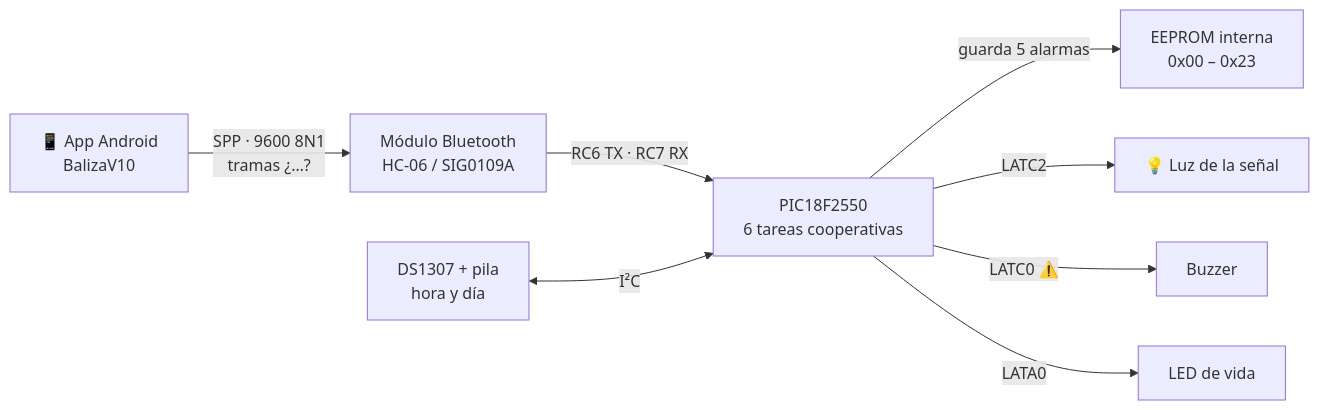
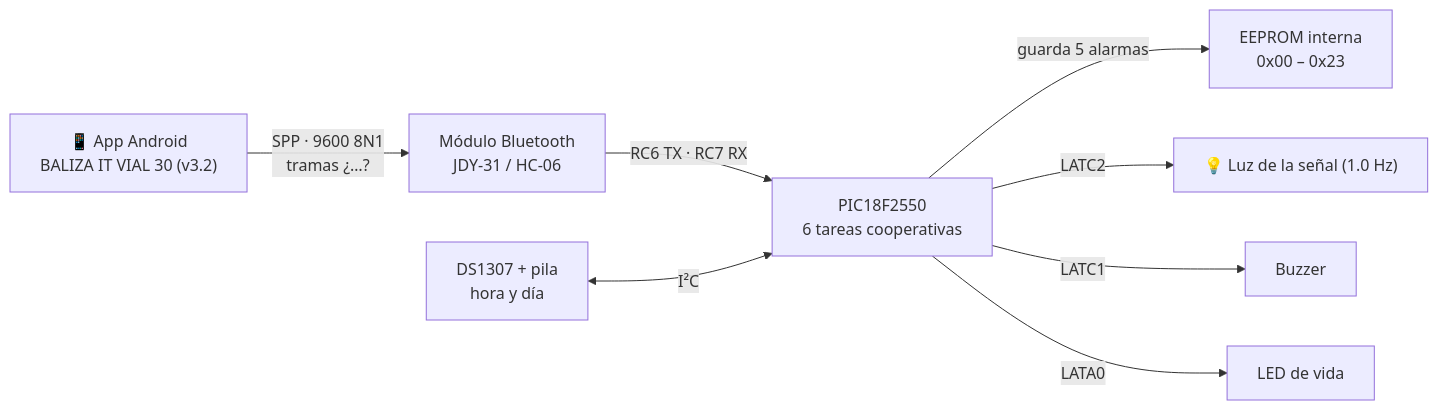
One commit to dieleoz/balizas changed the diagram in README.md. Above: the diagram before and after it, drawn with Mermaid. The commit also changed 1 other file, not shown here.

Commit message:
docs: actualizar exhaustivamente README, ROADMAP, ESTADO y APP_MOVIL con la version v3.2 BALIZA IT VIAL 30

````diff
--- a/README.md
+++ b/README.md
@@ -27,10 +27,10 @@
 ```mermaid
 flowchart LR
-    APP["📱 App Android<br/>BalizaV10"] -->|"SPP · 9600 8N1<br/>tramas ¿…?"| BT["Módulo Bluetooth<br/>HC-06 / SIG0109A"]
+    APP["📱 App Android<br/>BALIZA IT VIAL 30 (v3.2)"] -->|"SPP · 9600 8N1<br/>tramas ¿…?"| BT["Módulo Bluetooth<br/>JDY-31 / HC-06"]
     BT -->|"RC6 TX · RC7 RX"| PIC["PIC18F2550<br/>6 tareas cooperativas"]
     RTC["DS1307 + pila<br/>hora y día"] <-->|I²C| PIC
     PIC -->|"guarda 5 alarmas"| EE["EEPROM interna<br/>0x00 – 0x23"]
-    PIC -->|"LATC2"| LUZ["💡 Luz de la señal"]
-    PIC -->|"LATC0 ⚠️"| BUZ["Buzzer"]
+    PIC -->|"LATC2"| LUZ["💡 Luz de la señal (1.0 Hz)"]
+    PIC -->|"LATC1"| BUZ["Buzzer"]
     PIC -->|"LATA0"| LED["LED de vida"]
 ```
````
